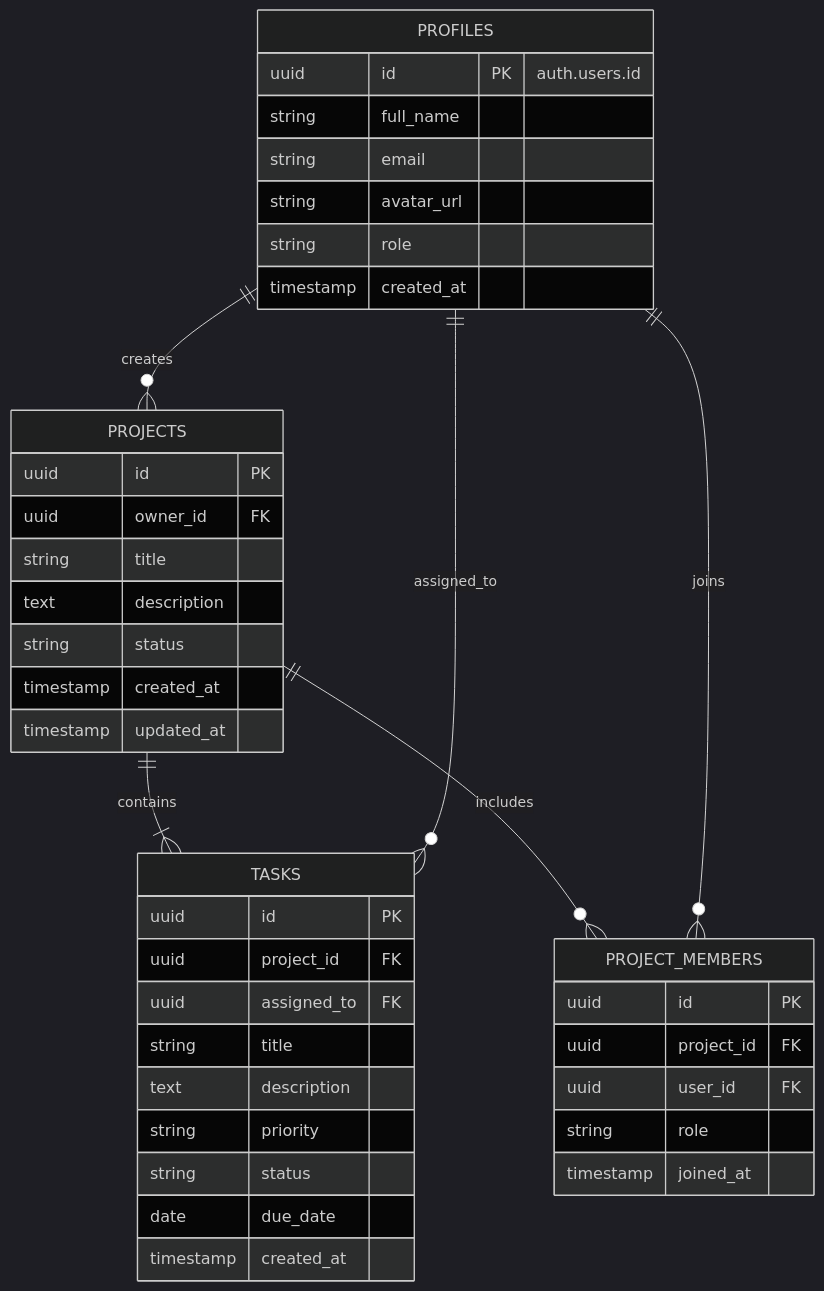
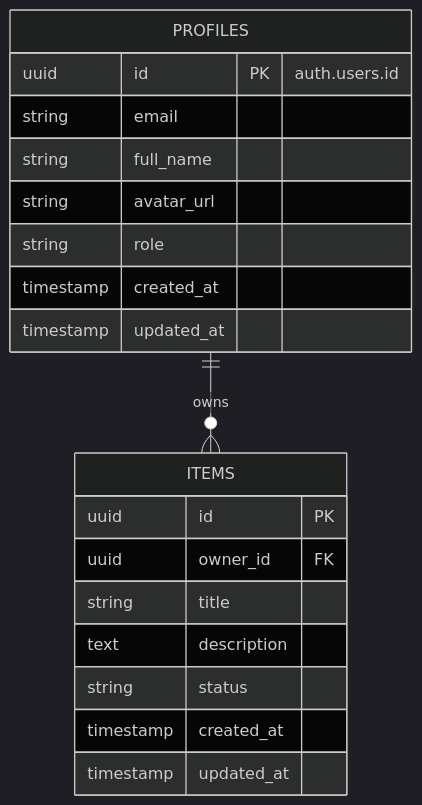
One commit to miuguelt/guia-desarrollo-guiado changed the second of 2 diagrams in 02_INGENIERIA_REQUISITOS_Y_ARQUITECTURA.md. Above: the diagram before and after it, drawn with Mermaid (dark theme). The commit also changed other lines of this file and 16 other files, not shown here.

````diff
--- a/02_INGENIERIA_REQUISITOS_Y_ARQUITECTURA.md
+++ b/02_INGENIERIA_REQUISITOS_Y_ARQUITECTURA.md
@@ -85,47 +182,22 @@
 ```mermaid
 erDiagram
-    PROFILES ||--o{ PROJECTS : creates
-    PROJECTS ||--|{ TASKS : contains
-    PROFILES ||--o{ TASKS : assigned_to
-    PROJECTS ||--o{ PROJECT_MEMBERS : includes
-    PROFILES ||--o{ PROJECT_MEMBERS : joins
-
+    PROFILES ||--o{ ITEMS : owns
     PROFILES {
         uuid id PK "auth.users.id"
+        string email
         string full_name
-        string email
         string avatar_url
         string role
         timestamp created_at
+        timestamp updated_at
     }
-
-    PROJECTS {
+    ITEMS {
         uuid id PK
         uuid owner_id FK
         string title
         text description
         string status
         timestamp created_at
         timestamp updated_at
     }
-
-    TASKS {
-        uuid id PK
-        uuid project_id FK
-        uuid assigned_to FK
-        string title
-        text description
-        string priority
-        string status
-        date due_date
-        timestamp created_at
-    }
-
-    PROJECT_MEMBERS {
-        uuid id PK
-        uuid project_id FK
-        uuid user_id FK
-        string role
-        timestamp joined_at
-    }
 ```
````
